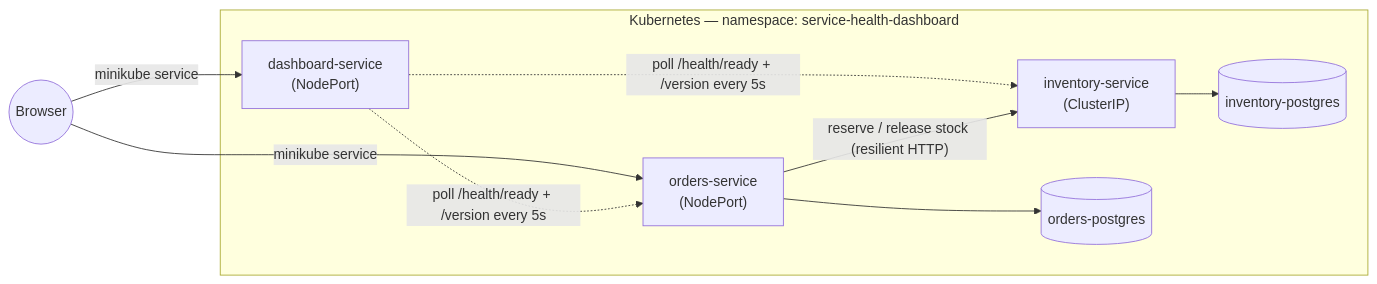
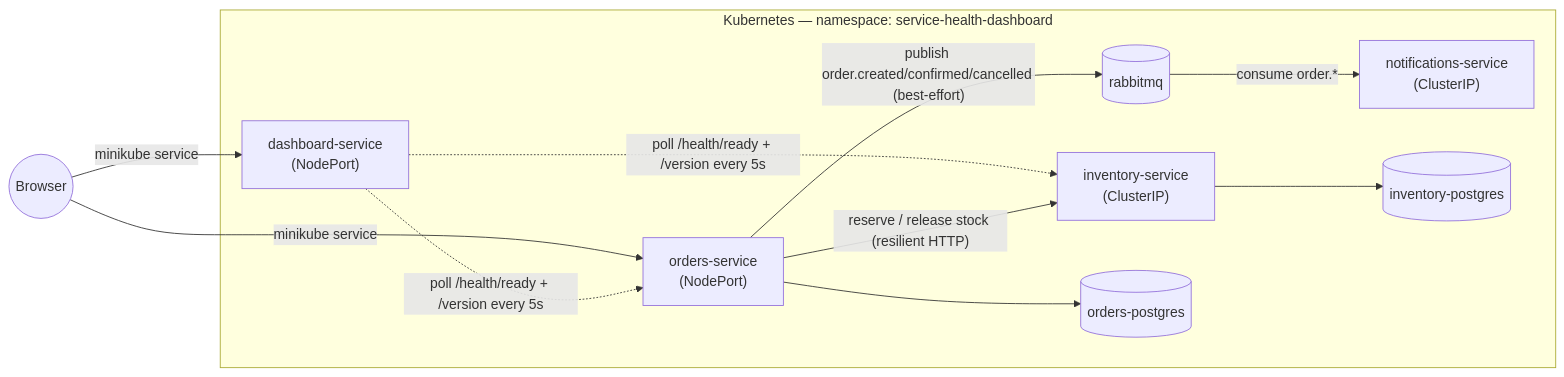
One commit to shineIB/service-health-dashboard changed the diagram in README.md. Above: the diagram before and after it, drawn with Mermaid. The commit also changed other lines of this file and 52 other files, not shown here.

First line of the commit message:
feat: add notifications-service and RabbitMQ event publishing (step 7)

````diff
--- a/README.md
+++ b/README.md
@@ -9,20 +9,24 @@
 ```mermaid
 graph LR
     User(("Browser"))
 
     subgraph K8s["Kubernetes — namespace: service-health-dashboard"]
         Dashboard["dashboard-service<br/>(NodePort)"]
         Orders["orders-service<br/>(NodePort)"]
         Inventory["inventory-service<br/>(ClusterIP)"]
+        Notifications["notifications-service<br/>(ClusterIP)"]
+        RabbitMQ[("rabbitmq")]
         OrdersDB[("orders-postgres")]
         InventoryDB[("inventory-postgres")]
     end
 
     User -- "minikube service" --> Orders
     User -- "minikube service" --> Dashboard
     Dashboard -. "poll /health/ready + /version every 5s" .-> Orders
     Dashboard -. "poll /health/ready + /version every 5s" .-> Inventory
     Orders -- "reserve / release stock (resilient HTTP)" --> Inventory
+    Orders -- "publish order.created/confirmed/cancelled (best-effort)" --> RabbitMQ
+    RabbitMQ -- "consume order.*" --> Notifications
     Orders --> OrdersDB
     Inventory --> InventoryDB
 ```
````
